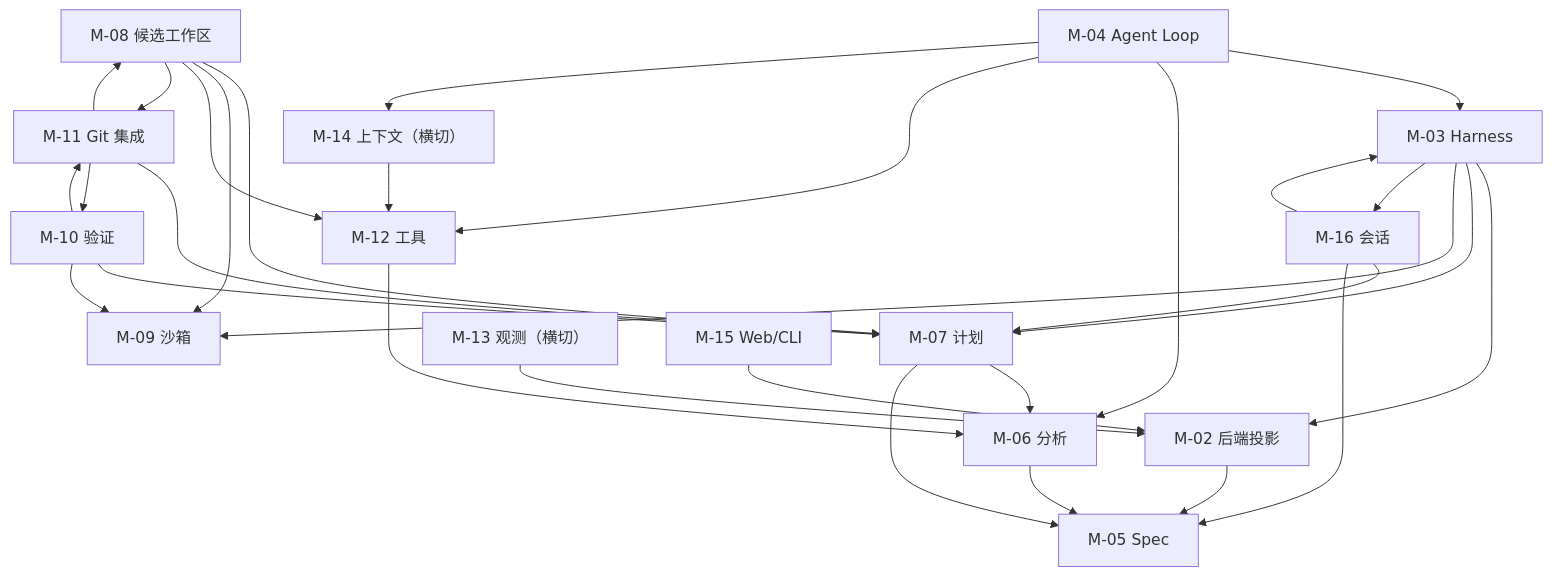
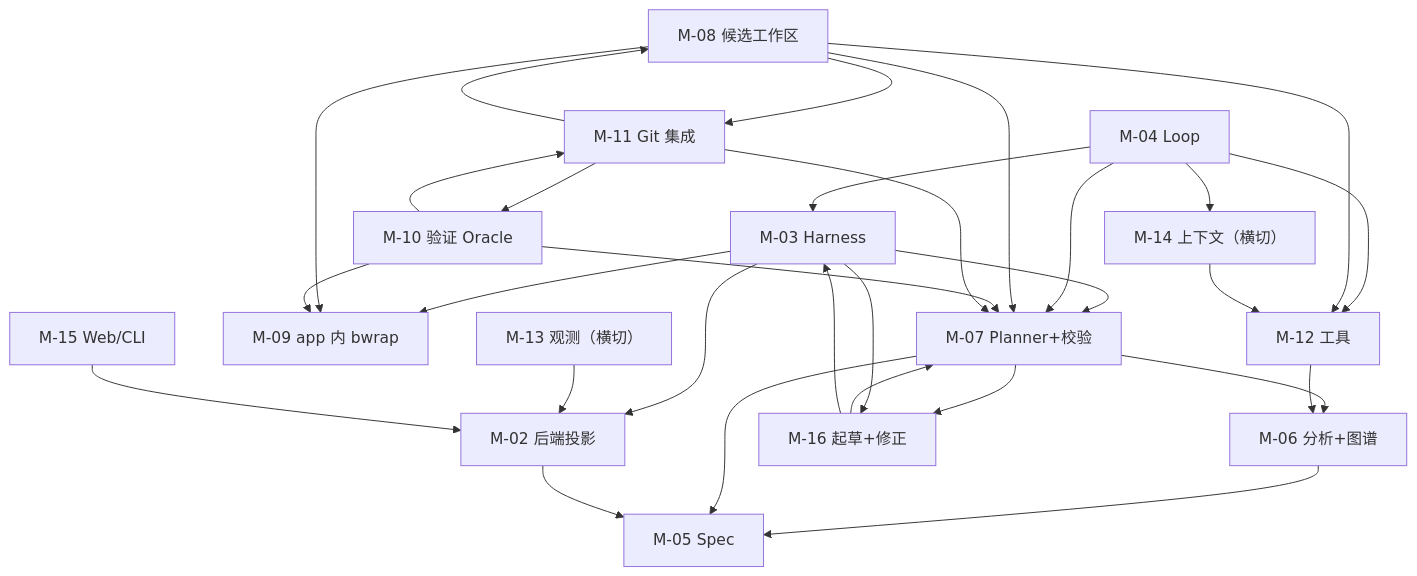
Before and after one commit to LT0X/CodeMigrator: the second of 4 diagrams in my_space/codemigrator_dev_progress/CodeMigrator开发任务规划与进度跟踪.md, drawn with Mermaid. The commit also changed other lines of this file and 55 other files, not shown here.

````diff
--- a/my_space/codemigrator_dev_progress/CodeMigrator开发任务规划与进度跟踪.md
+++ b/my_space/codemigrator_dev_progress/CodeMigrator开发任务规划与进度跟踪.md
@@ -211,48 +218,48 @@
 ```mermaid
 flowchart TD
     M02["M-02 后端投影"]
     M03["M-03 Harness"]
-    M04["M-04 Agent Loop"]
+    M04["M-04 Loop"]
     M05["M-05 Spec"]
-    M06["M-06 分析"]
-    M07["M-07 计划"]
+    M06["M-06 分析+图谱"]
+    M07["M-07 Planner+校验"]
     M08["M-08 候选工作区"]
-    M09["M-09 沙箱"]
-    M10["M-10 验证"]
+    M09["M-09 app 内 bwrap"]
+    M10["M-10 验证 Oracle"]
     M11["M-11 Git 集成"]
     M12["M-12 工具"]
     M13["M-13 观测（横切）"]
     M14["M-14 上下文（横切）"]
     M15["M-15 Web/CLI"]
-    M16["M-16 会话"]
+    M16["M-16 起草+修正"]
 
     M06 --> M05
+    M07 --> M16
     M07 --> M06
     M07 --> M05
     M02 --> M05
     M03 --> M02
     M03 --> M07
     M03 --> M09
     M03 --> M16
     M04 --> M03
-    M04 --> M06
+    M04 --> M07
     M04 --> M12
     M04 --> M14
     M08 --> M07
     M08 --> M09
     M08 --> M12
     M08 --> M11
     M10 --> M07
     M10 --> M09
     M10 --> M11
     M11 --> M07
     M11 --> M08
     M11 --> M10
     M12 --> M06
     M13 --> M02
     M14 --> M12
     M15 --> M02
     M16 --> M07
     M16 --> M03
-    M16 --> M05
 ```
````
